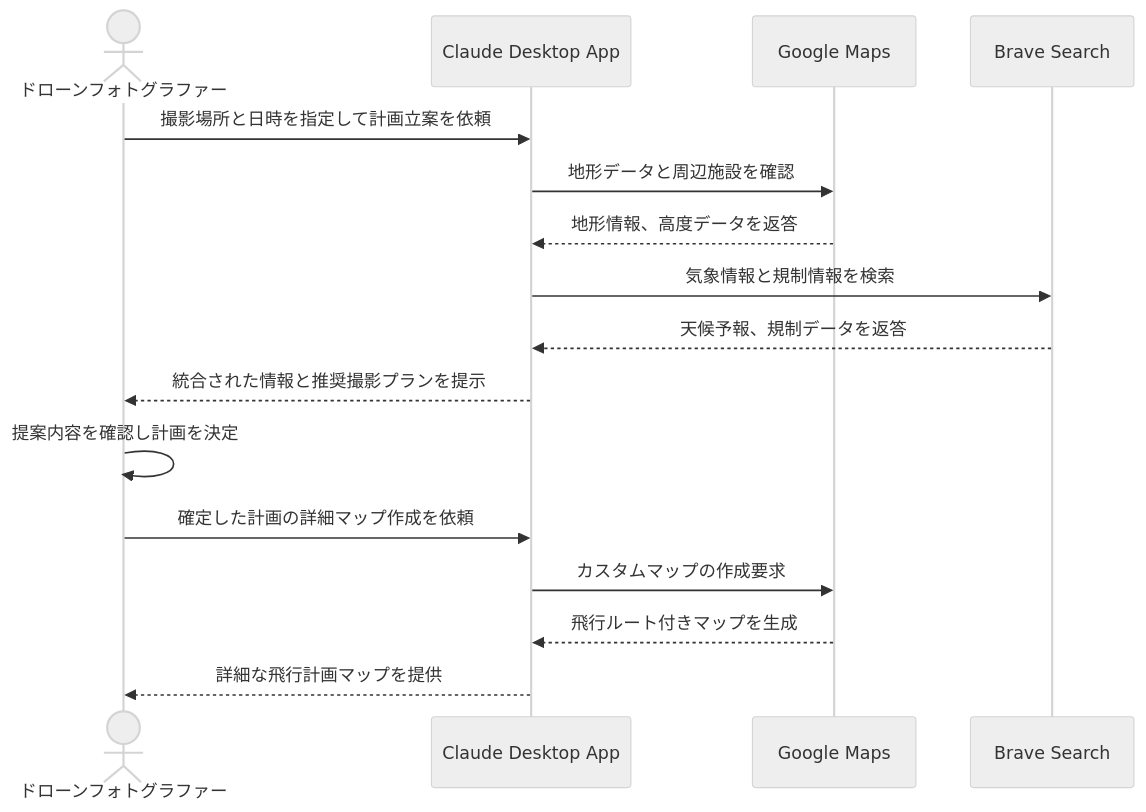
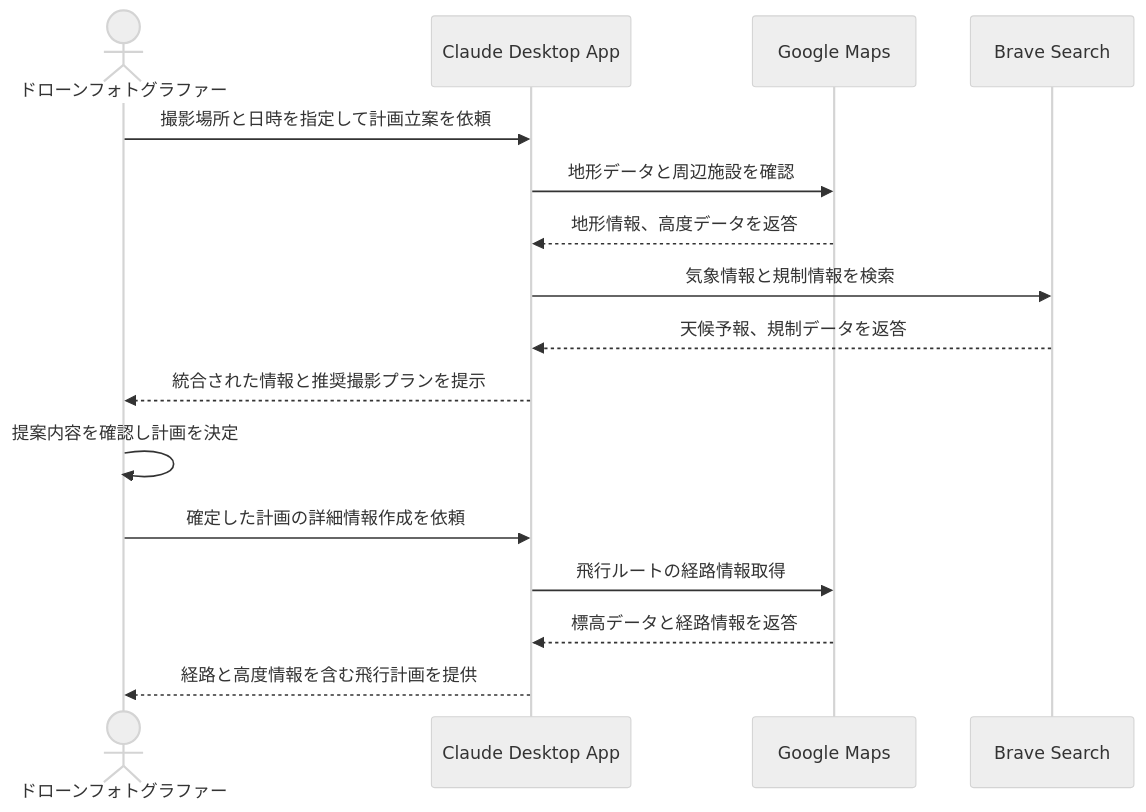
Before and after one commit to po-shu/mcp-100-ideas: the diagram in docs/01_趣味・余暇/ドローン空撮の計画を最適化する.md, drawn with Mermaid (neutral theme). The commit also changed 2 other files, not shown here.

Commit message:
docs: 01 Hallucination

````diff
--- a/docs/01_趣味・余暇/ドローン空撮の計画を最適化する.md
+++ b/docs/01_趣味・余暇/ドローン空撮の計画を最適化する.md
@@ -16,19 +16,19 @@
 ```mermaid
 sequenceDiagram
     actor User as ドローンフォトグラファー
     participant MCP as Claude Desktop App
     participant Maps as Google Maps
     participant Search as Brave Search
     
     User->>MCP: 撮影場所と日時を指定して計画立案を依頼
     MCP->>Maps: 地形データと周辺施設を確認
     Maps-->>MCP: 地形情報、高度データを返答
     MCP->>Search: 気象情報と規制情報を検索
     Search-->>MCP: 天候予報、規制データを返答
     MCP-->>User: 統合された情報と推奨撮影プランを提示
     User->>User: 提案内容を確認し計画を決定
-    User->>MCP: 確定した計画の詳細マップ作成を依頼
-    MCP->>Maps: カスタムマップの作成要求
-    Maps-->>MCP: 飛行ルート付きマップを生成
-    MCP-->>User: 詳細な飛行計画マップを提供
+    User->>MCP: 確定した計画の詳細情報作成を依頼
+    MCP->>Maps: 飛行ルートの経路情報取得
+    Maps-->>MCP: 標高データと経路情報を返答
+    MCP-->>User: 経路と高度情報を含む飛行計画を提供
 ```
````
